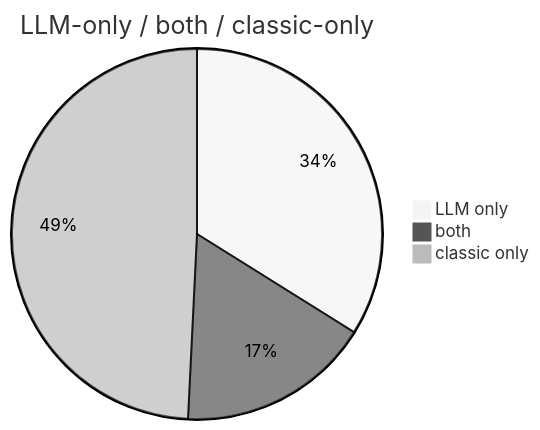
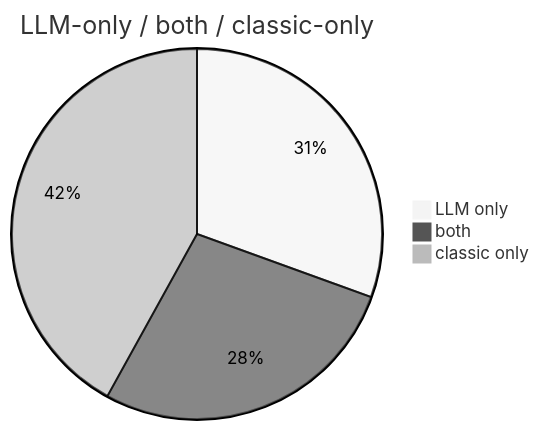
The second of 5 diagrams in docs/BENCHMARKS_extraction.md (MISP/ai-connector), drawn with Mermaid (neutral theme) before and after one commit. The commit also changed other lines of this file and 6 other files, not shown here.

````diff
--- a/docs/BENCHMARKS_extraction.md
+++ b/docs/BENCHMARKS_extraction.md
@@ -59,6 +59,6 @@
 ```mermaid
 pie title LLM-only / both / classic-only
-  "LLM only" : 241
-  "both" : 120
-  "classic only" : 350
+  "LLM only" : 644
+  "both" : 580
+  "classic only" : 885
 ```
````
